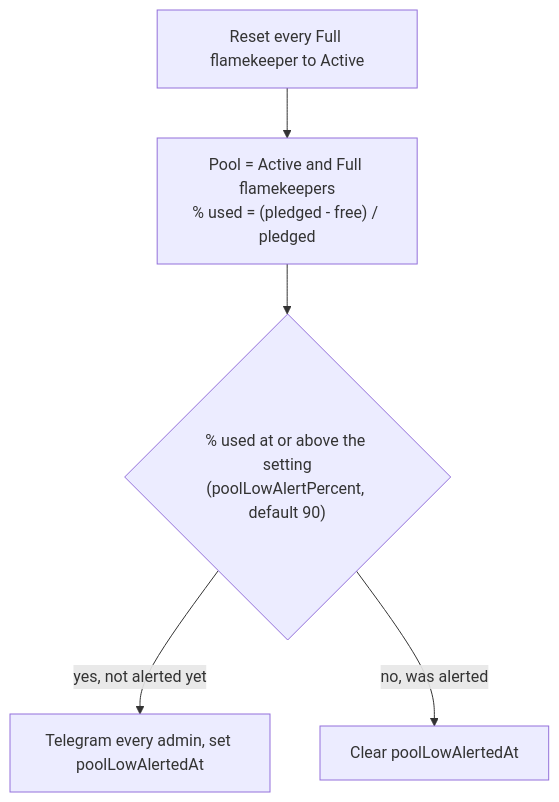
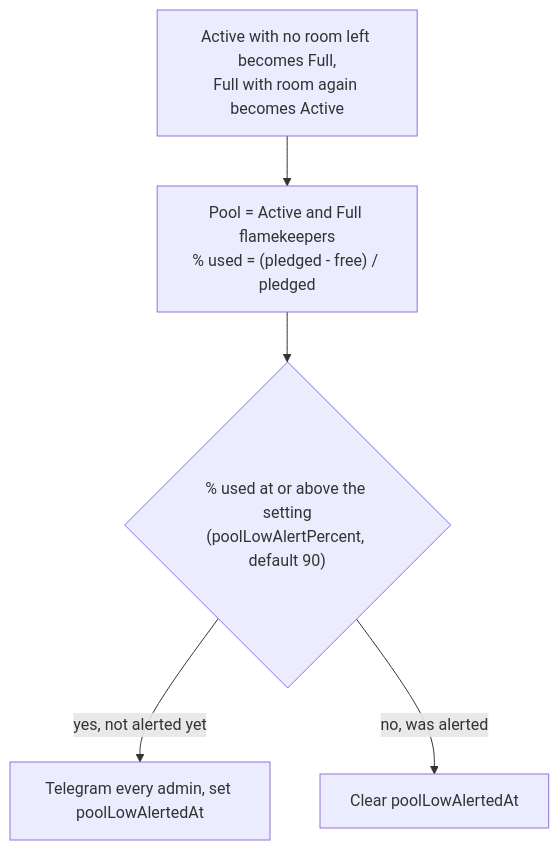
Before and after one commit to sagyzdop/meriksirat: the third of 5 diagrams in docs/scenarios/cron/hourly.md, drawn with Mermaid. The commit also changed other lines of this file and 51 other files, not shown here.

````diff
--- a/docs/scenarios/cron/hourly.md
+++ b/docs/scenarios/cron/hourly.md
@@ -30,7 +30,7 @@
 ```mermaid
 flowchart TD
-    A[Reset every Full flamekeeper to Active] --> B["Pool = Active and Full flamekeepers<br/>% used = (pledged - free) / pledged"]
+    A["Active with no room left becomes Full,<br/>Full with room again becomes Active"] --> B["Pool = Active and Full flamekeepers<br/>% used = (pledged - free) / pledged"]
     B --> C{"% used at or above the setting<br/>(poolLowAlertPercent, default 90)"}
     C -- yes, not alerted yet --> D[Telegram every admin, set poolLowAlertedAt]
     C -- no, was alerted --> E[Clear poolLowAlertedAt]
 ```
````
